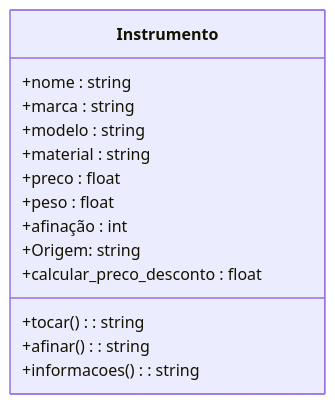
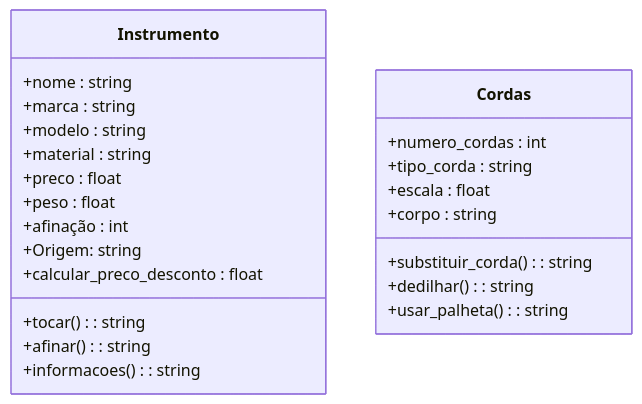
The diagram in Instrumento.md (JoaoVitorCaetano/PooJavaCeub-Grupo8), drawn with Mermaid before and after one commit.

Commit message:
criar classe corda
Criando a classe dos instrumentos de corda com seus atributos e métodos.

````diff
--- a/Instrumento.md
+++ b/Instrumento.md
@@ -1,20 +1,32 @@
 ```mermaid
   classDiagram
 
   class Instrumento{
     +nome : string
     +marca : string
     +modelo : string
     +material : string
     +preco : float
     +peso : float
     +afinação : int
     +Origem: string
 
     +tocar() : string
     +afinar() : string
     +informacoes() : string
     +calcular_preco_desconto : float
-}
+  }
+
+  class Cordas{
+    +numero_cordas : int
+    +tipo_corda : string
+    +escala : float
+    +corpo : string
+
+    +substituir_corda() : string
+    +dedilhar() : string
+    +usar_palheta() : string
+  }
+
 
 ```
````
